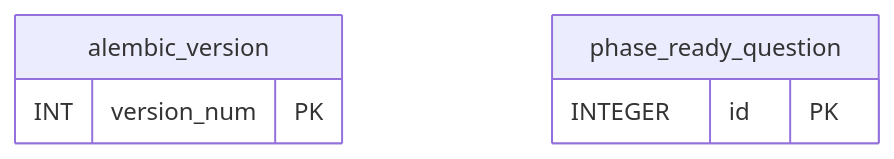
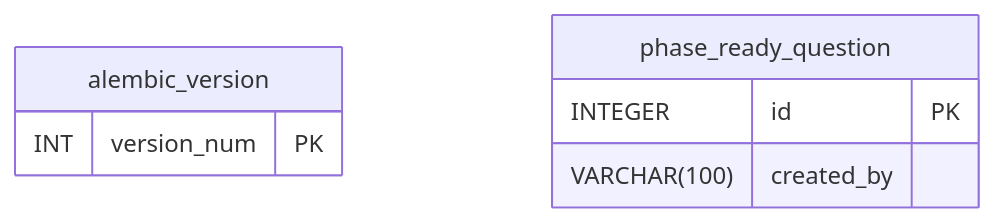
The diagram in README.md (michaelaltmann/testmd), drawn with Mermaid before and after one commit.

````diff
--- a/README.md
+++ b/README.md
@@ -1,9 +1,10 @@
 ```mermaid
 erDiagram
 alembic_version {
    INT version_num PK
 }
 phase_ready_question {
     INTEGER id PK
+    VARCHAR(100) created_by
 }
 ```
````
